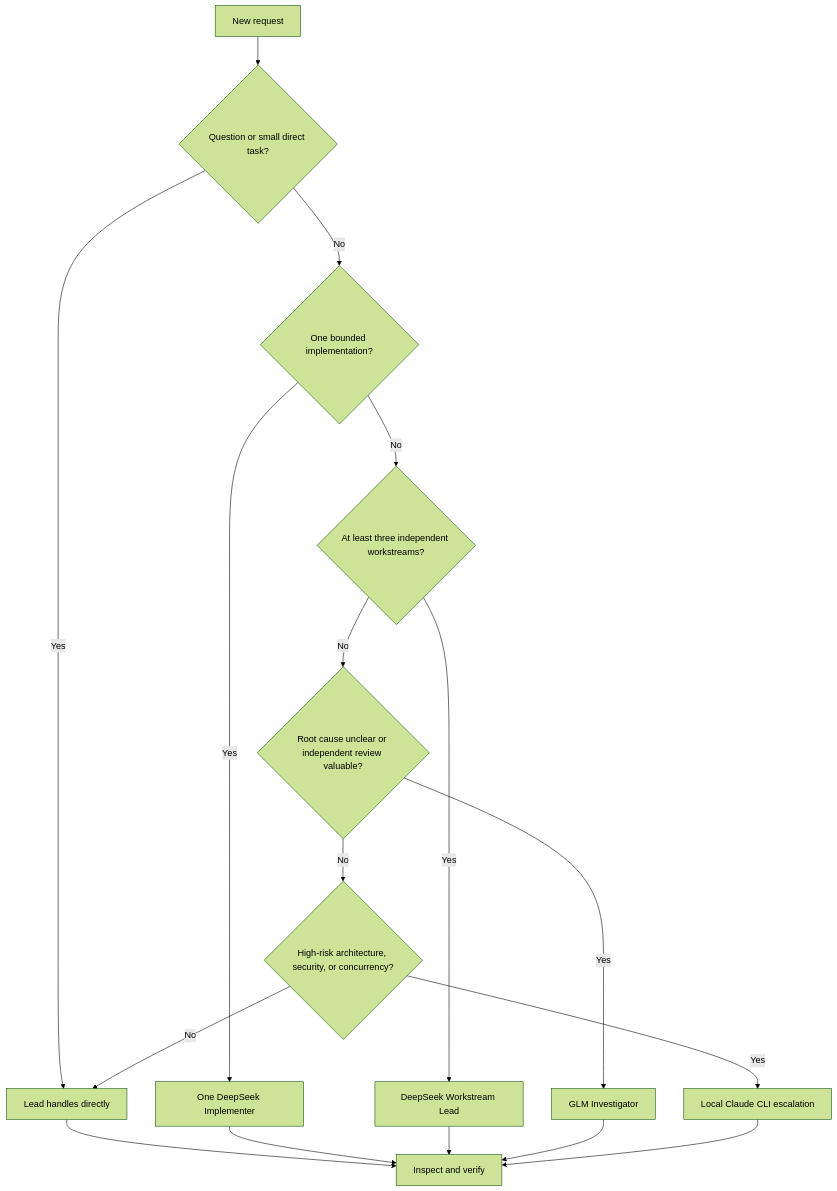
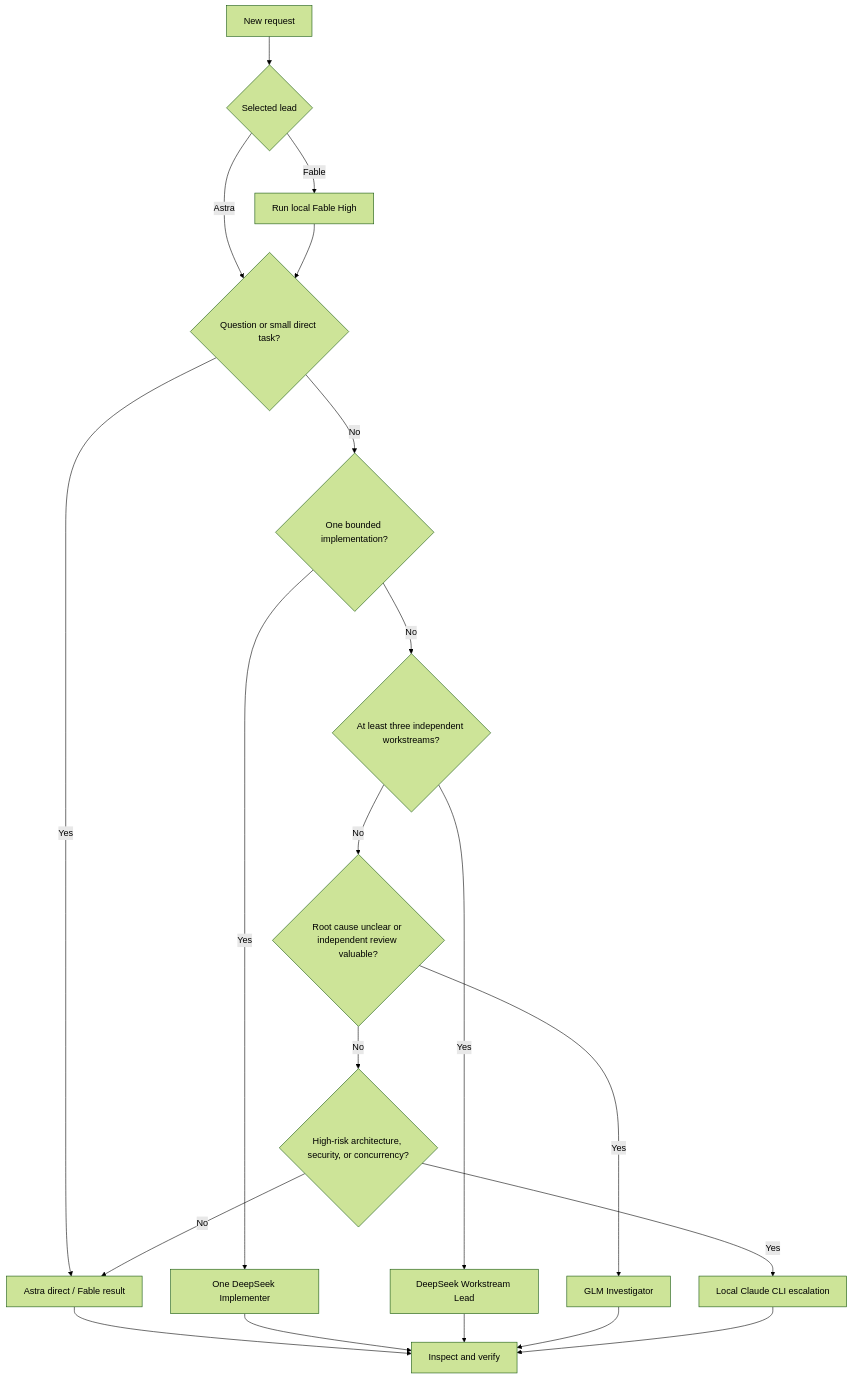
One commit to shrikrishna-skg/vs-code-configuration changed the diagram in docs/task-routing.md. Above: the diagram before and after it, drawn with Mermaid (forest theme). The commit also changed other lines of this file and 36 other files, not shown here.

````diff
--- a/docs/task-routing.md
+++ b/docs/task-routing.md
@@ -5,19 +5,22 @@
 ```mermaid
 flowchart TD
-    S[New request] --> Q{Question or small direct task?}
-    Q -->|Yes| D[Lead handles directly]
+    S[New request] --> P{Selected lead}
+    P -->|Fable| F[Run local Fable High]
+    P -->|Astra| Q{Question or small direct task?}
+    F --> Q
+    Q -->|Yes| D[Astra direct / Fable result]
     Q -->|No| M{One bounded implementation?}
     M -->|Yes| I[One DeepSeek Implementer]
     M -->|No| L{At least three independent workstreams?}
     L -->|Yes| W[DeepSeek Workstream Lead]
     L -->|No| U{Root cause unclear or independent review valuable?}
     U -->|Yes| G[GLM Investigator]
     U -->|No| H{High-risk architecture, security, or concurrency?}
     H -->|Yes| C[Local Claude CLI escalation]
     H -->|No| D
     D --> V[Inspect and verify]
     I --> V
     W --> V
     G --> V
     C --> V
 ```
````
